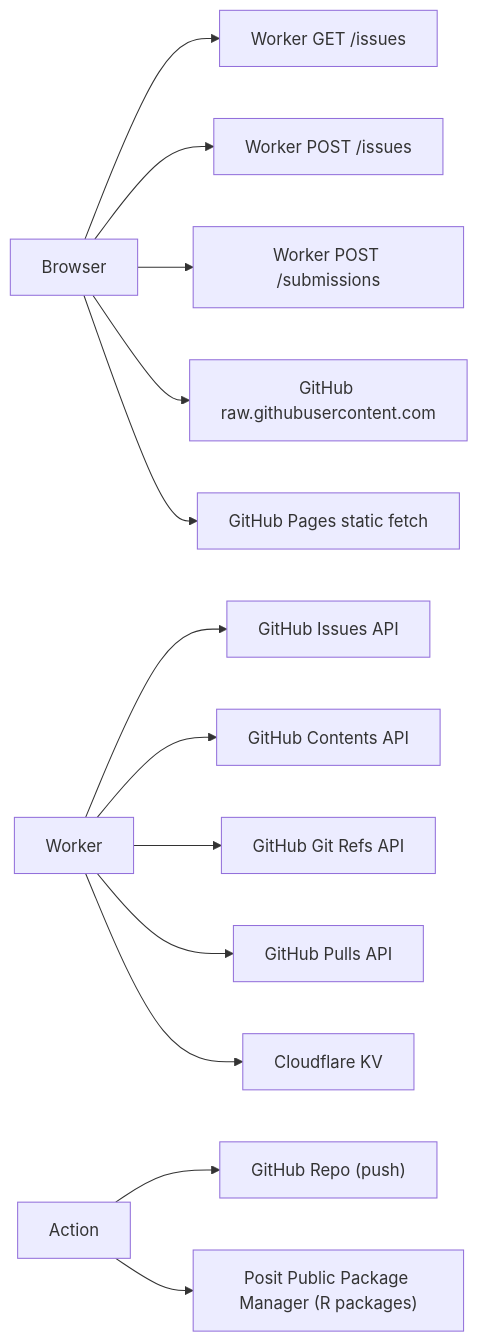
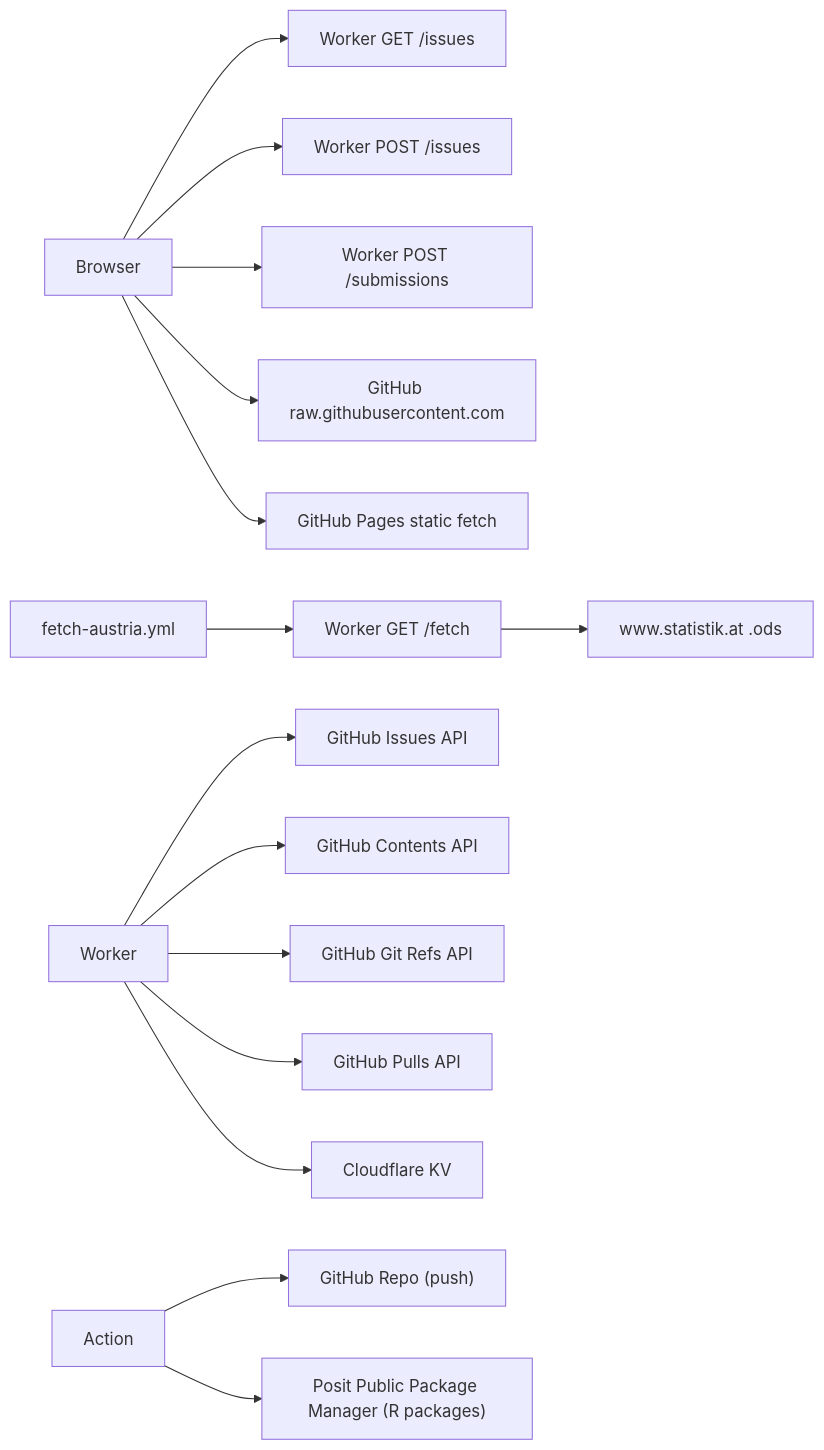
The diagram in docs/architecture/04-interfaces.md (LeRaffl/LeRaffl-Gallery), drawn with Mermaid before and after one commit. The commit also changed other lines of this file and 7 other files, not shown here.

First line of the commit message:
feat(austria): reach blocked source via Cloudflare Worker fetch relay + docs

````diff
--- a/docs/architecture/04-interfaces.md
+++ b/docs/architecture/04-interfaces.md
@@ -7,17 +7,20 @@
 ```mermaid
 flowchart LR
     Browser --> WG["Worker GET /issues"]
     Browser --> WP1["Worker POST /issues"]
     Browser --> WP2["Worker POST /submissions"]
     Browser --> Raw["GitHub raw.githubusercontent.com"]
     Browser --> Pages["GitHub Pages static fetch"]
+
+    AustriaAction["fetch-austria.yml"] --> WF["Worker GET /fetch"]
+    WF --> StatAT["www.statistik.at .ods"]
 
     Worker --> GHI["GitHub Issues API"]
     Worker --> GHC["GitHub Contents API"]
     Worker --> GHR["GitHub Git Refs API"]
     Worker --> GHP["GitHub Pulls API"]
     Worker --> KV["Cloudflare KV"]
 
     Action --> Repo["GitHub Repo (push)"]
     Action --> RPM["Posit Public Package Manager (R packages)"]
 ```
````
